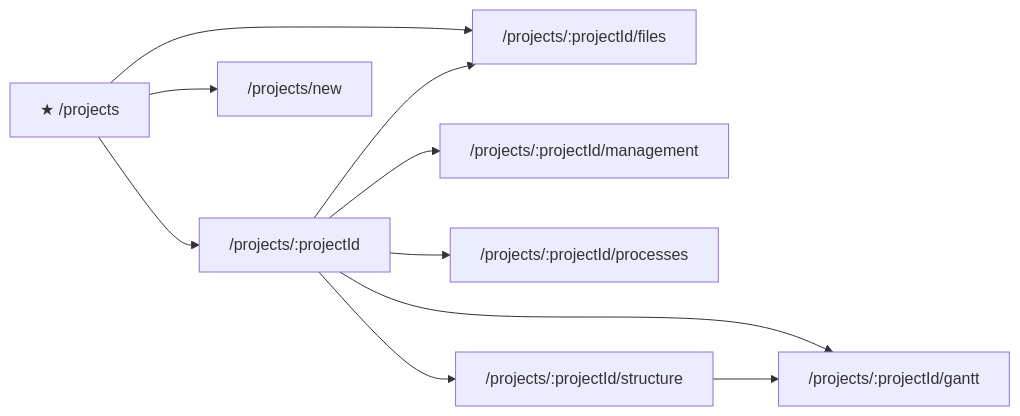
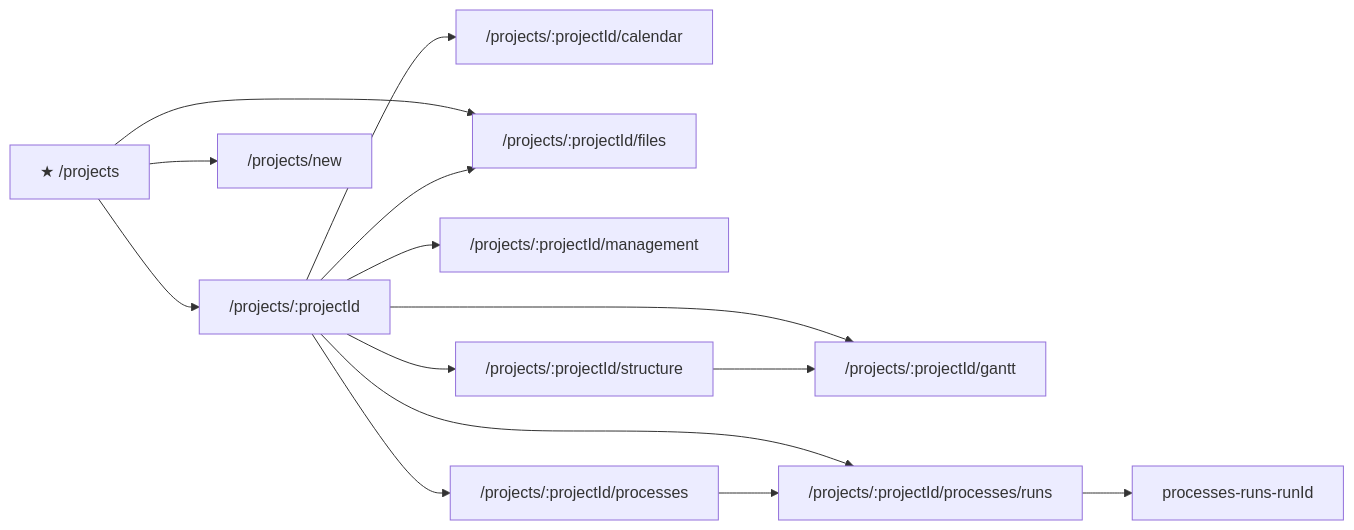
Before and after one commit to darosh/CanDoItAll.SPA: the eighth of 15 diagrams in packages/app/SITEMAP.md, drawn with Mermaid. The commit also changed other lines of this file and 9 other files, not shown here.

````diff
--- a/packages/app/SITEMAP.md
+++ b/packages/app/SITEMAP.md
@@ -277,20 +275,26 @@
 ```mermaid
 flowchart LR
   projects["★ /projects"]
   projects-projectId["/projects/:projectId"]
+  projects-projectId-calendar["/projects/:projectId/calendar"]
   projects-projectId-files["/projects/:projectId/files"]
   projects-projectId-gantt["/projects/:projectId/gantt"]
   projects-projectId-management["/projects/:projectId/management"]
   projects-projectId-processes["/projects/:projectId/processes"]
+  projects-projectId-processes-runs["/projects/:projectId/processes/runs"]
   projects-projectId-structure["/projects/:projectId/structure"]
   projects-new["/projects/new"]
   projects --> projects-projectId
   projects --> projects-projectId-files
   projects --> projects-new
+  projects-projectId --> projects-projectId-calendar
   projects-projectId --> projects-projectId-files
   projects-projectId --> projects-projectId-gantt
   projects-projectId --> projects-projectId-management
   projects-projectId --> projects-projectId-processes
+  projects-projectId --> projects-projectId-processes-runs
   projects-projectId --> projects-projectId-structure
+  projects-projectId-processes --> projects-projectId-processes-runs
+  projects-projectId-processes-runs --> processes-runs-runId
   projects-projectId-structure --> projects-projectId-gantt
 ```
````
